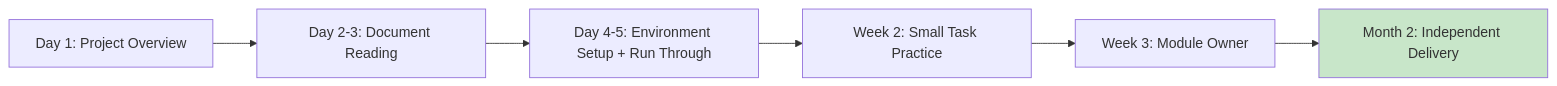
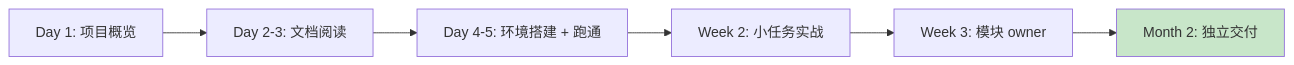
The second of 2 diagrams in templates/Product/Retirement/Template-Knowledge-Base.md (Kirky-X/cangjie), drawn with Mermaid before and after one commit. The commit also changed other lines of this file and 33 other files, not shown here.

````diff
--- a/templates/Product/Retirement/Template-Knowledge-Base.md
+++ b/templates/Product/Retirement/Template-Knowledge-Base.md
@@ -391,9 +391,9 @@
 ```mermaid
 flowchart LR
-    A[Day 1: Project Overview] --> B[Day 2-3: Document Reading]
-    B --> C[Day 4-5: Environment Setup + Run Through]
-    C --> D[Week 2: Small Task Practice]
-    D --> E[Week 3: Module Owner]
-    E --> F[Month 2: Independent Delivery]
+    A[Day 1: 项目概览] --> B[Day 2-3: 文档阅读]
+    B --> C[Day 4-5: 环境搭建 + 跑通]
+    C --> D[Week 2: 小任务实战]
+    D --> E[Week 3: 模块 owner]
+    E --> F[Month 2: 独立交付]
     style F fill:#c8e6c9
 ```
````
